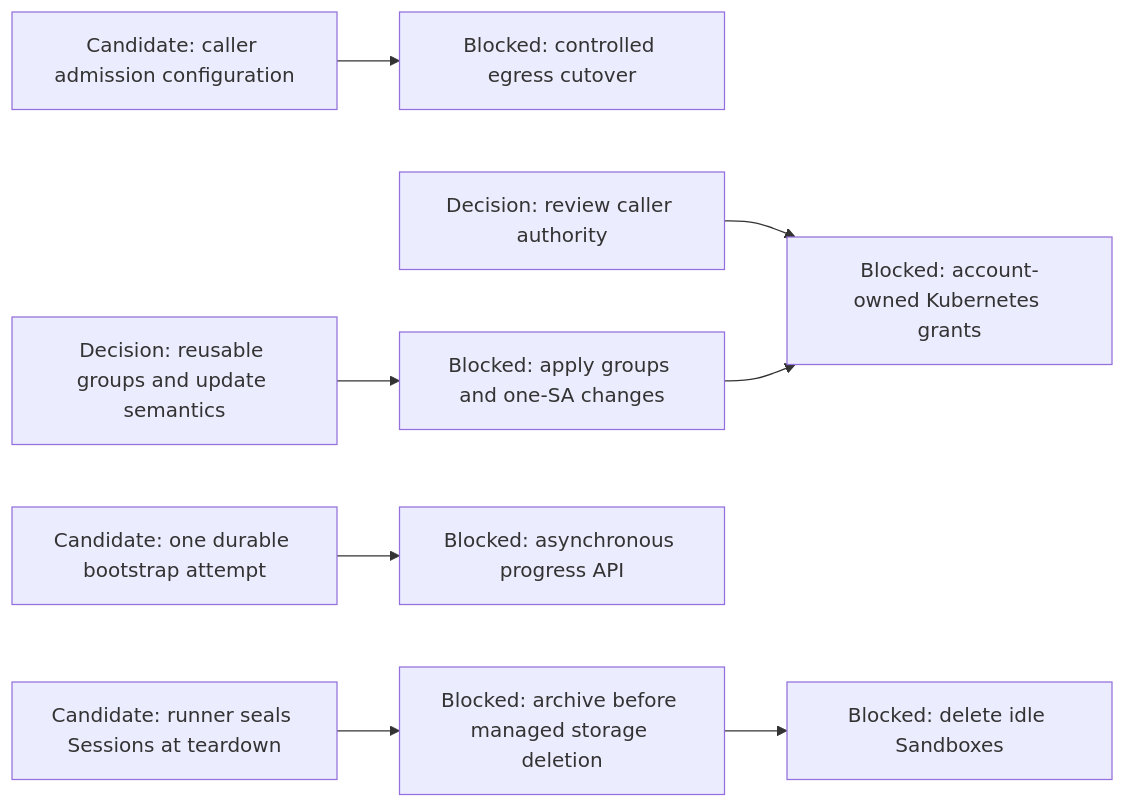
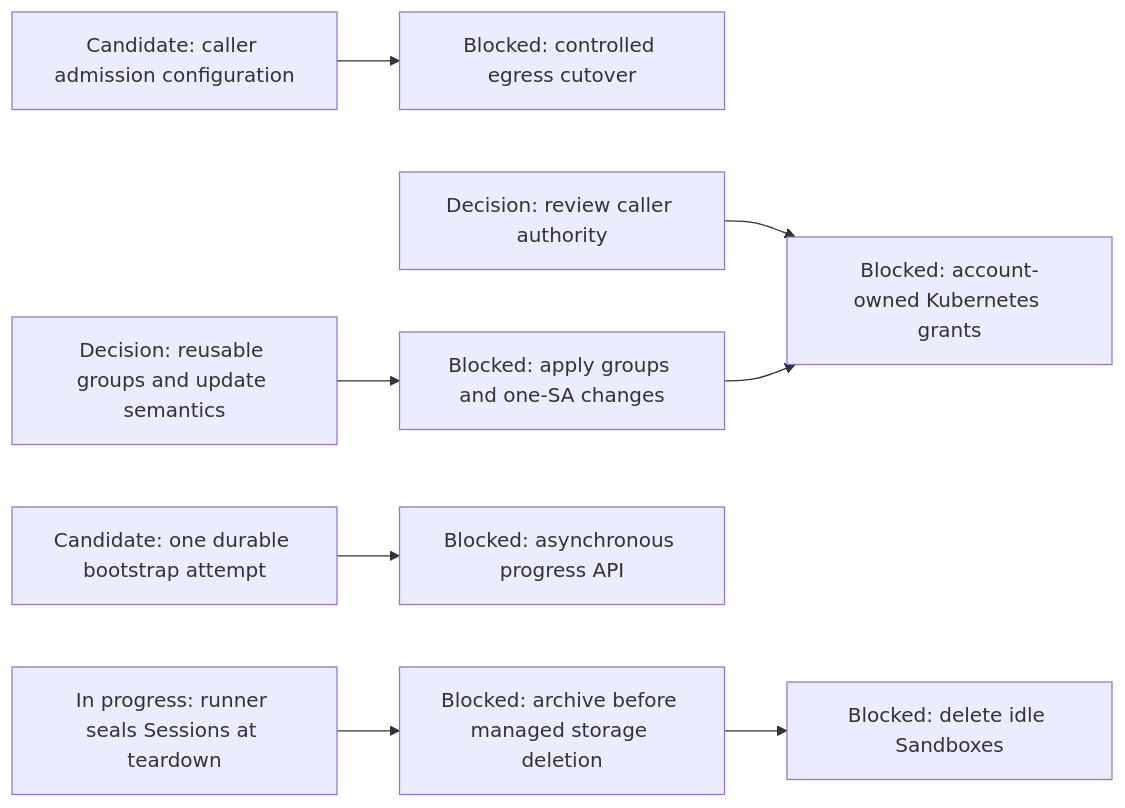
One commit to agentydragon-agent/ducktape changed the seventh of 10 diagrams in agentplane/plans/task_dag.md. Above: the diagram before and after it, drawn with Mermaid. The commit also changed other lines of this file and 17 other files, not shown here.

First line of the commit message:
agentplane/runner: seal every session at Sandbox teardown (#9766)

````diff
--- a/agentplane/plans/task_dag.md
+++ b/agentplane/plans/task_dag.md
@@ -558,11 +558,11 @@
 ```mermaid
 flowchart LR
     PC_EGRESS_CREDENTIALS[Candidate: caller admission configuration] --> PC_EGRESS[Blocked: controlled egress cutover]
     CLAUDE_AI_SA[Decision: review caller authority] --> MANAGED_SA_RBAC[Blocked: account-owned Kubernetes grants]
     KUBERNETES_RBAC_POLICIES[Decision: reusable groups and update semantics] --> KUBERNETES_RBAC_POLICY_BINDINGS[Blocked: apply groups and one-SA changes]
     KUBERNETES_RBAC_POLICY_BINDINGS --> MANAGED_SA_RBAC
     BOOTSTRAP_ATTEMPT_RECEIPT[Candidate: one durable bootstrap attempt] --> BOOTSTRAP_PROGRESS_CONTRACT[Blocked: asynchronous progress API]
     SANDBOX_LIFECYCLE_DURABILITY[Blocked: archive before managed storage deletion]
     SANDBOX_LIFECYCLE_DURABILITY --> SANDBOX_IDLE_EXPIRY[Blocked: delete idle Sandboxes]
-    RUNNER_TEARDOWN_SEAL[Candidate: runner seals Sessions at teardown] --> SANDBOX_LIFECYCLE_DURABILITY
+    RUNNER_TEARDOWN_SEAL[In progress: runner seals Sessions at teardown] --> SANDBOX_LIFECYCLE_DURABILITY
 ```
````
